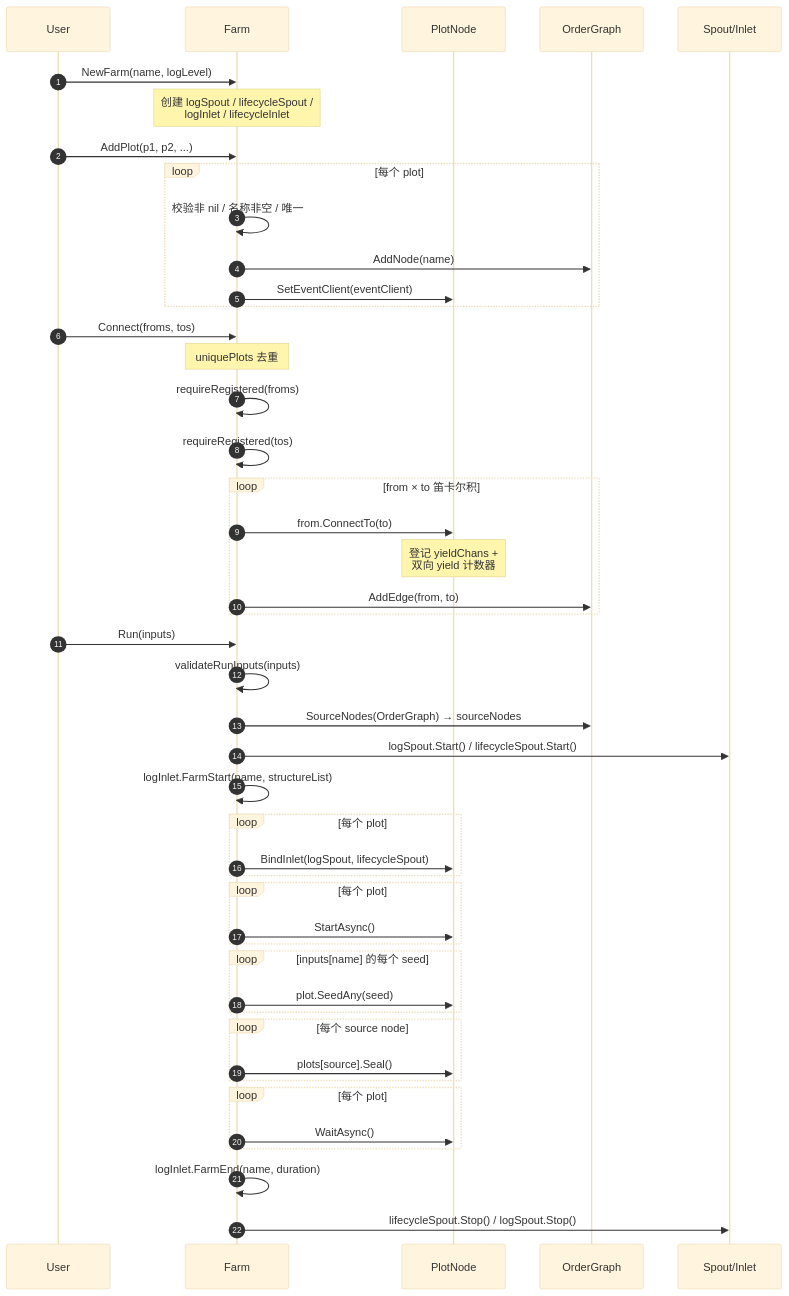
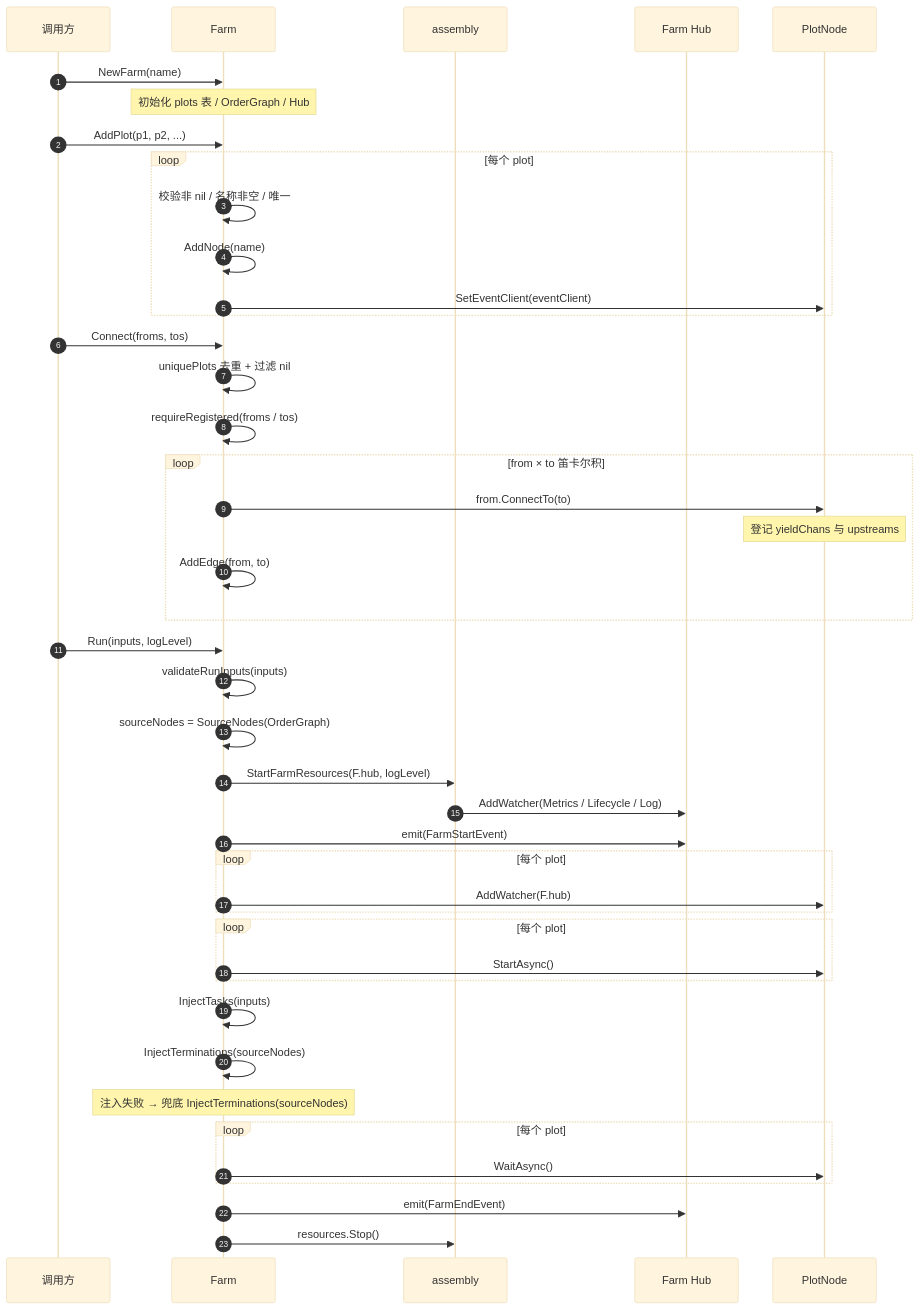
One commit to Mr-xiaotian/CelestialGrow changed the first of 2 diagrams in docs/zh-CN/pkg/farm/farm.md. Above: the diagram before and after it, drawn with Mermaid (base theme). The commit also changed other lines of this file and 50 other files, not shown here.

````diff
--- a/docs/zh-CN/pkg/farm/farm.md
+++ b/docs/zh-CN/pkg/farm/farm.md
@@ -85,52 +97,49 @@
 ```mermaid
 sequenceDiagram
     autonumber
-    participant U as User
+    participant U as 调用方
     participant F as Farm
+    participant A as assembly
+    participant H as Farm Hub
     participant P as PlotNode
-    participant G as OrderGraph
-    participant S as Spout/Inlet
 
-    U->>F: NewFarm(name, logLevel)
-    Note over F: 创建 logSpout / lifecycleSpout /<br/>logInlet / lifecycleInlet
+    U->>F: NewFarm(name)
+    Note over F: 初始化 plots 表 / OrderGraph / Hub
 
     U->>F: AddPlot(p1, p2, ...)
     loop 每个 plot
         F->>F: 校验非 nil / 名称非空 / 唯一
-        F->>G: AddNode(name)
+        F->>F: AddNode(name)
         F->>P: SetEventClient(eventClient)
     end
 
     U->>F: Connect(froms, tos)
-    Note over F: uniquePlots 去重
-    F->>F: requireRegistered(froms)
-    F->>F: requireRegistered(tos)
+    F->>F: uniquePlots 去重 + 过滤 nil
+    F->>F: requireRegistered(froms / tos)
     loop from × to 笛卡尔积
         F->>P: from.ConnectTo(to)
-        Note over P: 登记 yieldChans +<br/>双向 yield 计数器
-        F->>G: AddEdge(from, to)
+        Note over P: 登记 yieldChans 与 upstreams
+        F->>F: AddEdge(from, to)
     end
 
-    U->>F: Run(inputs)
+    U->>F: Run(inputs, logLevel)
     F->>F: validateRunInputs(inputs)
-    F->>G: SourceNodes(OrderGraph) → sourceNodes
-    F->>S: logSpout.Start() / lifecycleSpout.Start()
-    F->>F: logInlet.FarmStart(name, structureList)
+    F->>F: sourceNodes = SourceNodes(OrderGraph)
+    F->>A: StartFarmResources(F.hub, logLevel)
+    A->>H: AddWatcher(Metrics / Lifecycle / Log)
+    F->>H: emit(FarmStartEvent)
     loop 每个 plot
-        F->>P: BindInlet(logSpout, lifecycleSpout)
+        F->>P: AddWatcher(F.hub)
     end
     loop 每个 plot
         F->>P: StartAsync()
     end
-    loop inputs[name] 的每个 seed
-        F->>P: plot.SeedAny(seed)
-    end
-    loop 每个 source node
-        F->>P: plots[source].Seal()
-    end
+    F->>F: InjectTasks(inputs)
+    F->>F: InjectTerminations(sourceNodes)
+    Note over F: 注入失败 → 兜底 InjectTerminations(sourceNodes)
     loop 每个 plot
         F->>P: WaitAsync()
     end
-    F->>F: logInlet.FarmEnd(name, duration)
-    F->>S: lifecycleSpout.Stop() / logSpout.Stop()
+    F->>H: emit(FarmEndEvent)
+    F->>A: resources.Stop()
 ```
````
